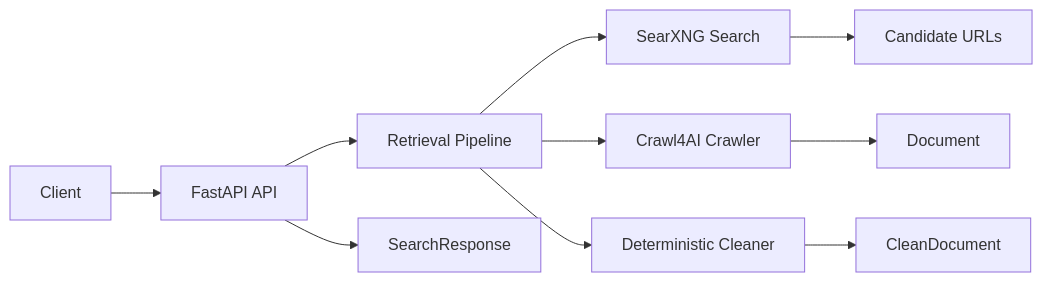
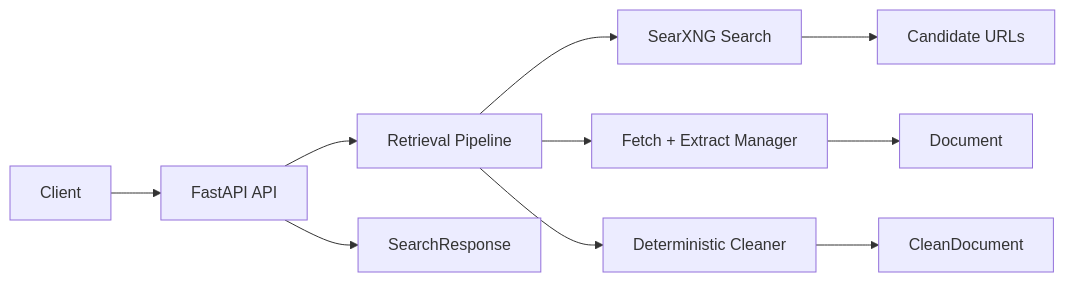
Before and after one commit to RHarish1/quarry: the diagram in README.md, drawn with Mermaid. The commit also changed 15 other files, not shown here.

Commit message:
refactor(crawler): introduce modular extraction pipeline with quality-based fallbacks

````diff
--- a/README.md
+++ b/README.md
@@ -11,12 +11,12 @@
 ```mermaid
 flowchart LR
   Client[Client] --> API[FastAPI API]
   API --> Pipeline[Retrieval Pipeline]
    Pipeline --> Search[SearXNG Search]
-   Pipeline --> Crawler[Crawl4AI Crawler]
+  Pipeline --> Crawler[Fetch + Extract Manager]
    Pipeline --> Cleaner[Deterministic Cleaner]
    Search --> URLs[Candidate URLs]
    Crawler --> Document[Document]
    Cleaner --> CleanDocument[CleanDocument]
    API --> Response[SearchResponse]
 ```
````
